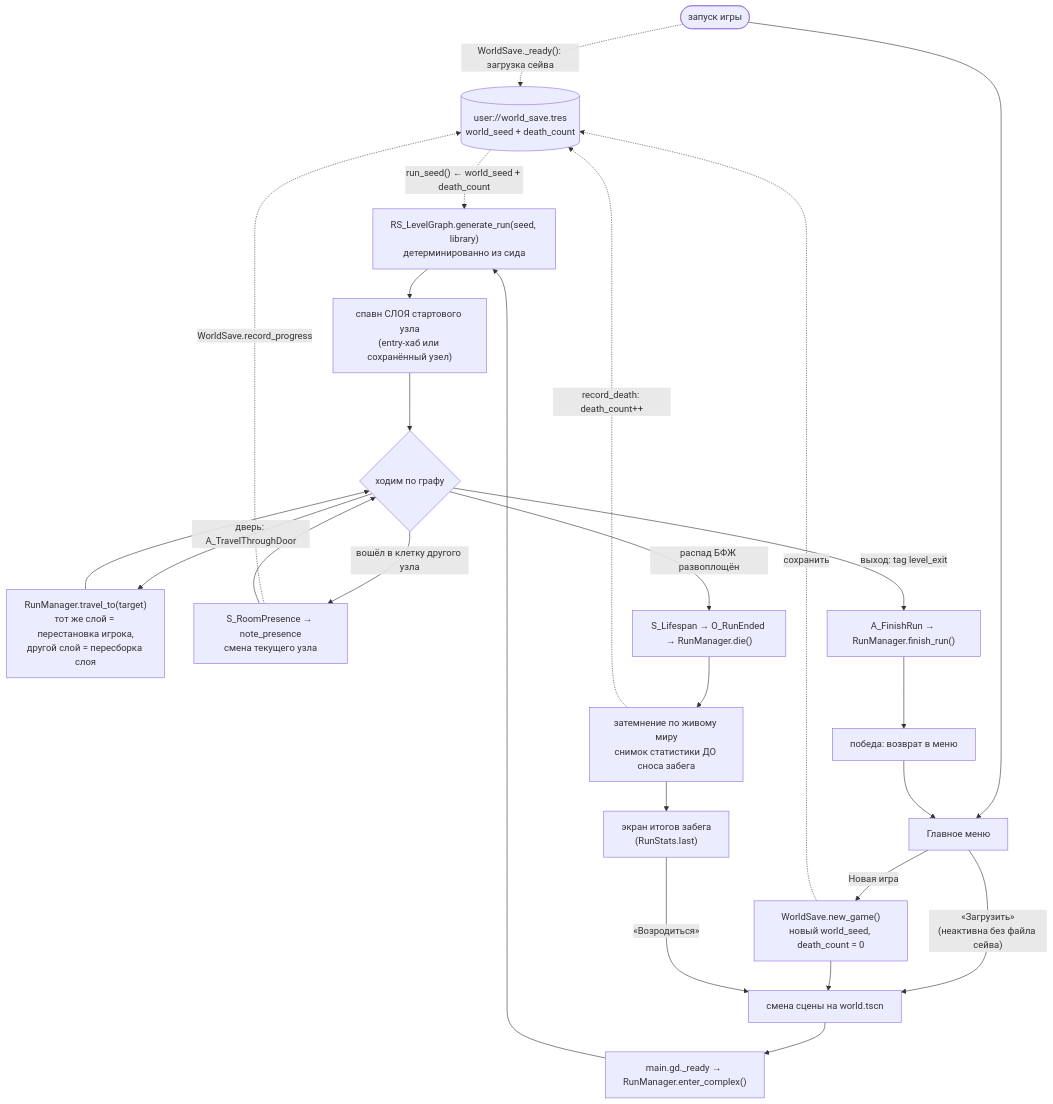
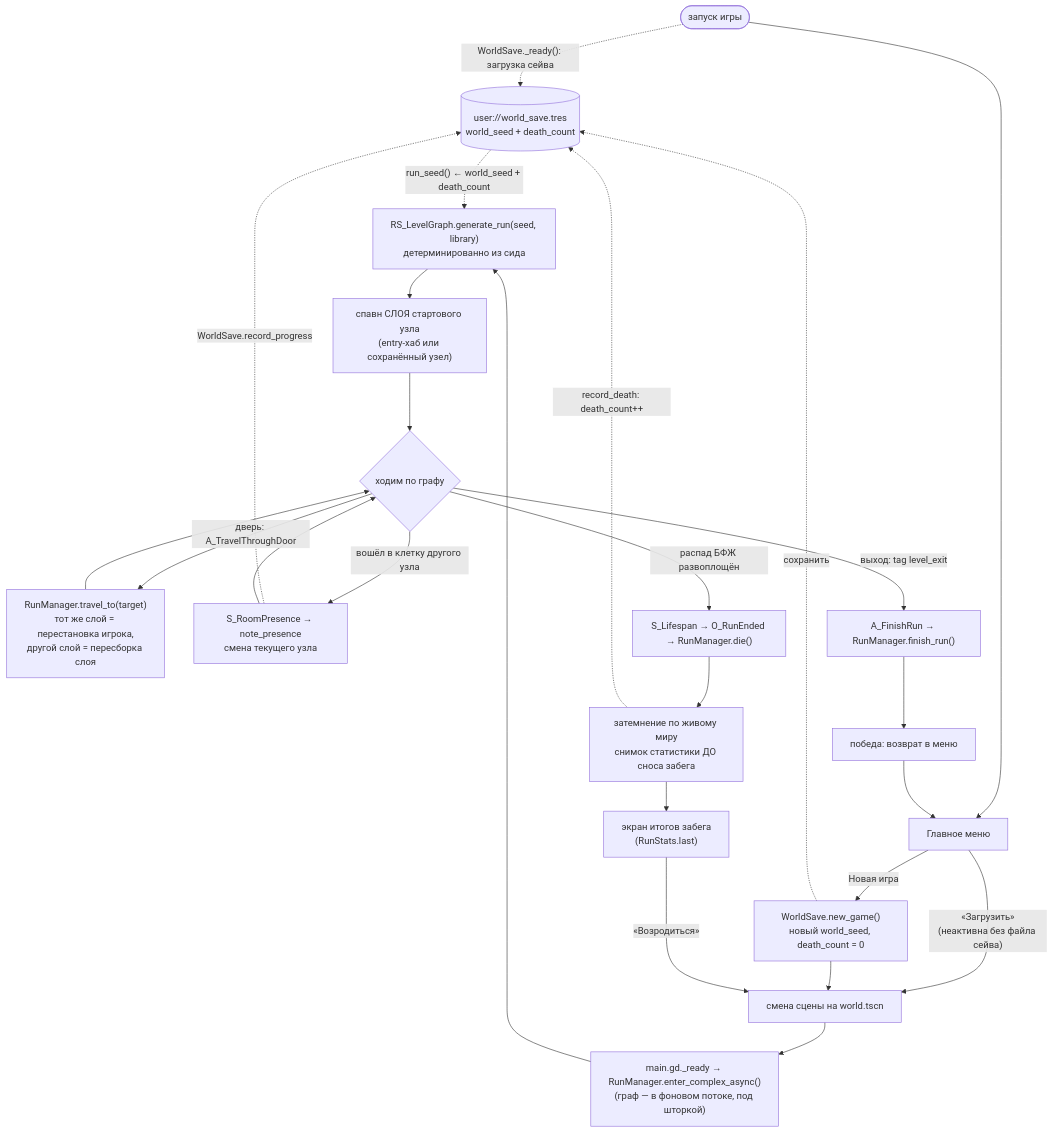
The diagram in docs/astral-genesis/how-to/Цикл забега.md (Manshooo/astral-genesis), drawn with Mermaid before and after one commit. The commit also changed other lines of this file and 15 other files, not shown here.

````diff
--- a/docs/astral-genesis/how-to/Цикл забега.md
+++ b/docs/astral-genesis/how-to/Цикл забега.md
@@ -8,34 +8,34 @@
 ```mermaid
 flowchart TD
     save[("user://world_save.tres<br/>world_seed + death_count")]
 
     boot(["запуск игры"]) --> menu["Главное меню"]
     boot -.->|"WorldSave._ready(): загрузка сейва"| save
 
     menu -->|"Новая игра"| newgame["WorldSave.new_game()<br/>новый world_seed, death_count = 0"]
     newgame -.->|"сохранить"| save
     menu -->|"«Загрузить»<br/>(неактивна без файла сейва)"| scene
 
     newgame --> scene["смена сцены на world.tscn"]
-    scene --> ready["main.gd._ready → RunManager.enter_complex()"]
+    scene --> ready["main.gd._ready → RunManager.enter_complex_async()<br/>(граф — в фоновом потоке, под шторкой)"]
     save -.->|"run_seed() ← world_seed + death_count"| gen
     ready --> gen["RS_LevelGraph.generate_run(seed, library)<br/>детерминированно из сида"]
     gen --> spawn["спавн СЛОЯ стартового узла<br/>(entry-хаб или сохранённый узел)"]
     spawn --> loop{"ходим по графу"}
 
     loop -->|"дверь: A_TravelThroughDoor"| travel["RunManager.travel_to(target)<br/>тот же слой = перестановка игрока,<br/>другой слой = пересборка слоя"]
     travel --> loop
     loop -->|"вошёл в клетку другого узла"| presence["S_RoomPresence → note_presence<br/>смена текущего узла"]
     presence -.->|"WorldSave.record_progress"| save
     presence --> loop
 
     loop -->|"выход: tag level_exit"| finish["A_FinishRun → RunManager.finish_run()"]
     finish --> win["победа: возврат в меню"]
     win --> menu
 
     loop -->|"распад БФЖ развоплощён"| death["S_Lifespan → O_RunEnded → RunManager.die()"]
     death --> fade["затемнение по живому миру<br/>снимок статистики ДО сноса забега"]
     fade -.->|"record_death: death_count++"| save
     fade --> summary["экран итогов забега<br/>(RunStats.last)"]
     summary -->|"«Возродиться»"| scene
 ```
````
